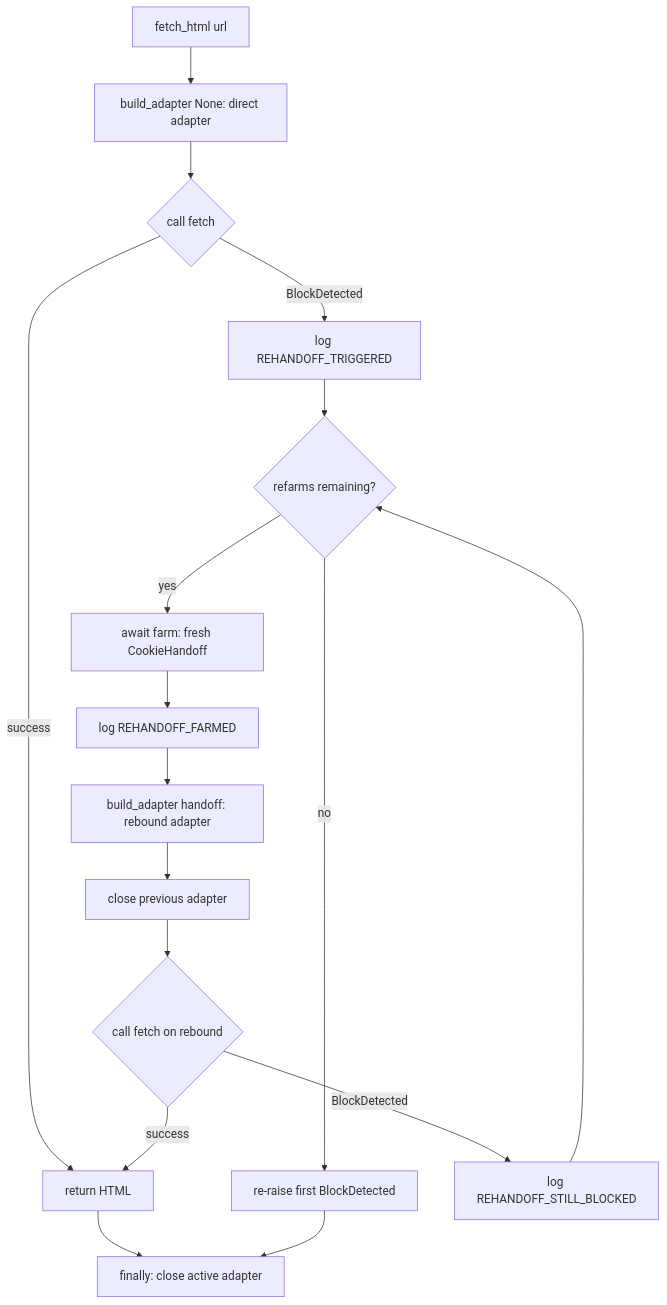
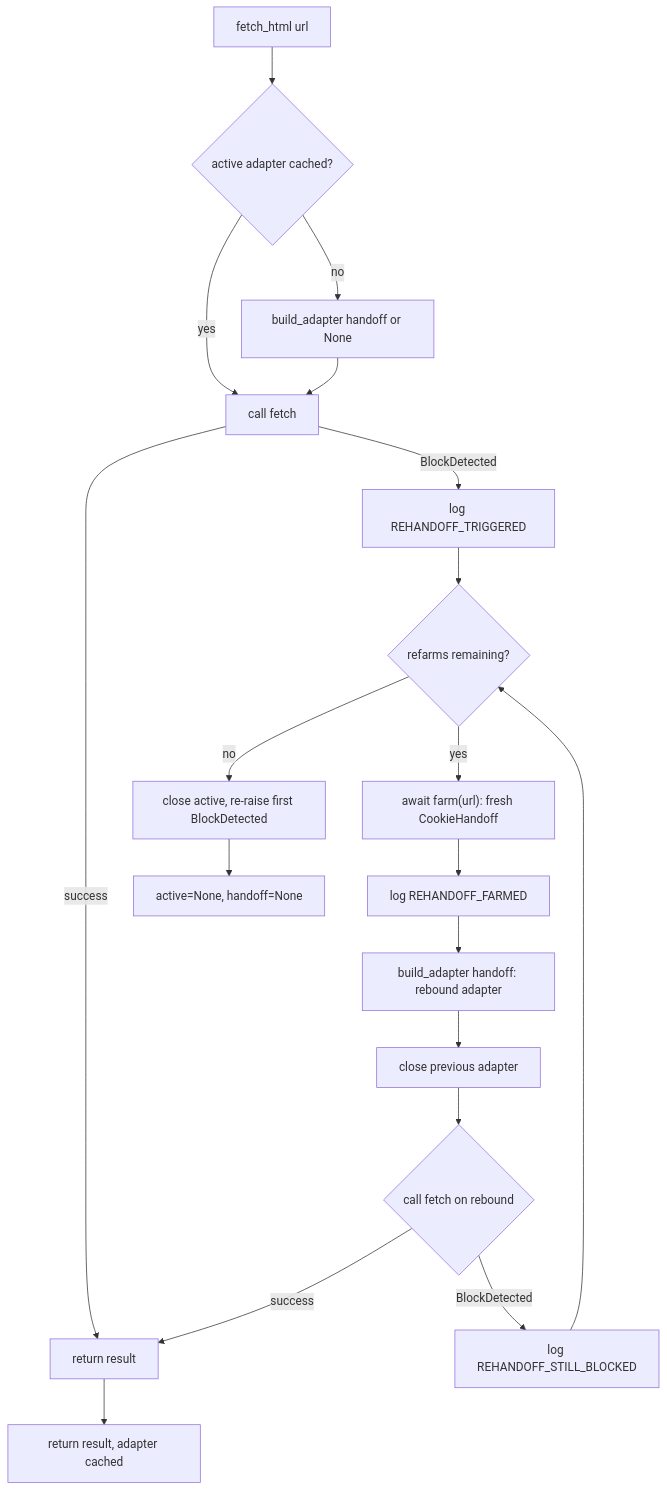
The first of 2 diagrams in docs/reference/scraping.md (shubhank008/athome-japan-agent-harness), drawn with Mermaid before and after one commit. The commit also changed other lines of this file and 4 other files, not shown here.

````diff
--- a/docs/reference/scraping.md
+++ b/docs/reference/scraping.md
@@ -169,19 +171,21 @@
 ```mermaid
 flowchart TD
-    A[fetch_html url] --> B[build_adapter None: direct adapter]
-    B --> C{call fetch}
-    C -->|success| Z[return HTML]
+    A[fetch_html url] --> B{active adapter cached?}
+    B -->|no| BA[build_adapter handoff or None]
+    B -->|yes| C
+    BA --> C[call fetch]
+    C -->|success| Z[return result]
     C -->|BlockDetected| D["log REHANDOFF_TRIGGERED"]
     D --> E{refarms remaining?}
-    E -->|no| R[re-raise first BlockDetected]
-    E -->|yes| F[await farm: fresh CookieHandoff]
+    E -->|no| R[close active, re-raise first BlockDetected]
+    E -->|yes| F["await farm(url): fresh CookieHandoff"]
     F --> G["log REHANDOFF_FARMED"]
     G --> H[build_adapter handoff: rebound adapter]
     H --> I[close previous adapter]
     I --> J{call fetch on rebound}
     J -->|success| Z
     J -->|BlockDetected| K["log REHANDOFF_STILL_BLOCKED"]
     K --> E
-    Z --> CZ[finally: close active adapter]
-    R --> CZ
+    Z --> OK[return result, adapter cached]
+    R --> DONE[active=None, handoff=None]
 ```
````
